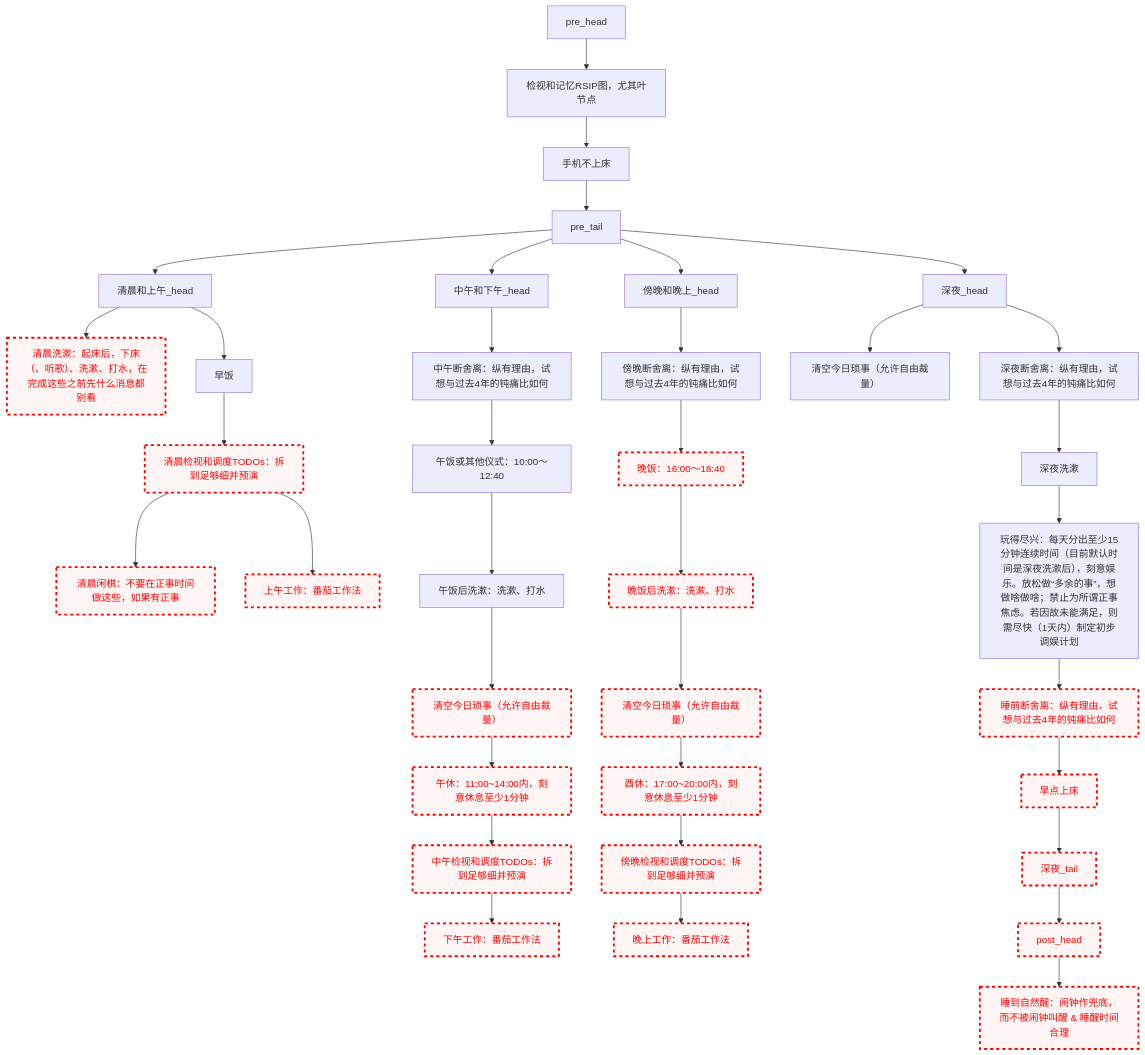
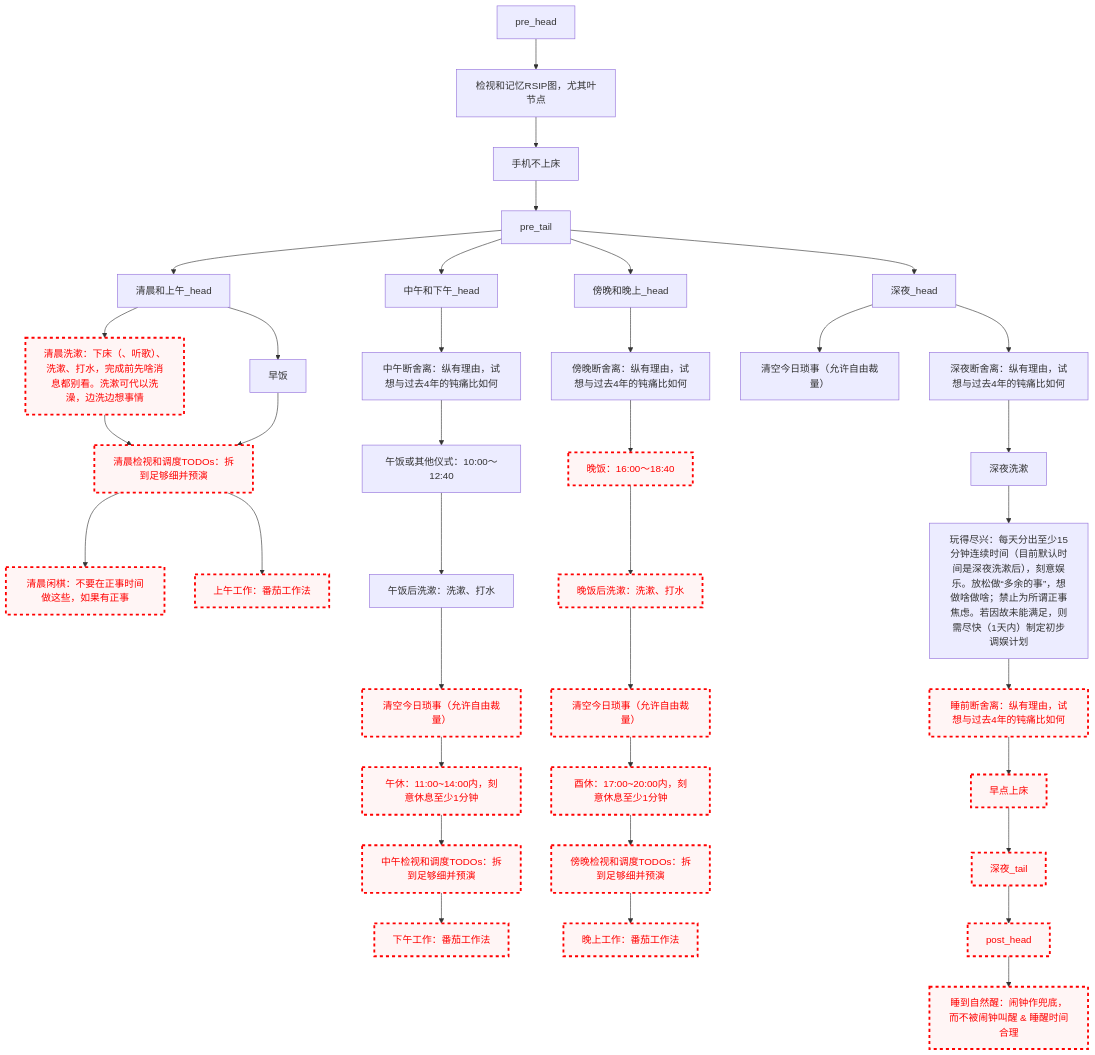
One commit to Ethkuil/RSIP-tree changed the diagram in README.md. Above: the diagram before and after it, drawn with Mermaid.

Commit message:
update 清晨洗漱, adding 清晨洗澡

````diff
--- a/README.md
+++ b/README.md
@@ -21,68 +21,69 @@
 ```mermaid
 graph TD
 
 classDef failed stroke:#ff0000, stroke-width:3px, color:#ff0000, fill:#fff5f5, stroke-dasharray: 5
 
 pre_head --> RSIP[检视和记忆RSIP图，尤其叶节点]
 RSIP --> 手机不上床
 手机不上床 --> pre_tail
 
 
 pre_tail --> 清晨和上午_head
 清晨和上午_head --> 清晨洗漱
-清晨洗漱[清晨洗漱：起床后，下床（、听歌）、洗漱、打水，在完成这些之前先什么消息都别看]
+清晨洗漱[清晨洗漱：下床（、听歌）、洗漱、打水，完成前先啥消息都别看。洗漱可代以洗澡，边洗边想事情]
 class 清晨洗漱 failed
 清晨和上午_head --> 早饭
-早饭 --> 清晨看TODO[清晨检视和调度TODOs：拆到足够细并预演]
+清晨洗漱 --> 清晨看TODO[清晨检视和调度TODOs：拆到足够细并预演]
+早饭 --> 清晨看TODO
 class 清晨看TODO failed
 清晨看TODO --> 清晨闲棋[清晨闲棋：不要在正事时间做这些，如果有正事]
 class 清晨闲棋 failed
 清晨看TODO --> 上午工作[上午工作：番茄工作法]
 class 上午工作 failed
 
 pre_tail --> 中午和下午_head
 中午和下午_head --> 中午断舍离[中午断舍离：纵有理由，试想与过去4年的钝痛比如何]
 中午断舍离 --> 午饭[午饭或其他仪式：10:00～12:40]
 午饭 --> 午饭后洗漱[午饭后洗漱：洗漱、打水]
 午饭后洗漱 --> 中午今日琐事[清空今日琐事（允许自由裁量）]
 class 中午今日琐事 failed
 中午今日琐事 --> 午休[午休：11:00~14:00内，刻意休息至少1分钟]
 class 午休 failed
 午休 --> 中午看TODO[中午检视和调度TODOs：拆到足够细并预演]
 class 中午看TODO failed
 中午看TODO --> 下午工作[下午工作：番茄工作法]
 class 下午工作 failed
 
 pre_tail --> 傍晚和晚上_head
 傍晚和晚上_head --> 傍晚断舍离[傍晚断舍离：纵有理由，试想与过去4年的钝痛比如何]
 傍晚断舍离 --> 晚饭[晚饭：16:00～18:40]
 class 晚饭 failed
 晚饭 --> 晚饭后洗漱[晚饭后洗漱：洗漱、打水]
 class 晚饭后洗漱 failed
 晚饭后洗漱 --> 傍晚今日琐事[清空今日琐事（允许自由裁量）]
 class 傍晚今日琐事 failed
 傍晚今日琐事 --> 酉休[酉休：17:00~20:00内，刻意休息至少1分钟]
 class 酉休 failed
 酉休 --> 傍晚看TODO[傍晚检视和调度TODOs：拆到足够细并预演]
 class 傍晚看TODO failed
 傍晚看TODO --> 晚上工作[晚上工作：番茄工作法]
 class 晚上工作 failed
 
 pre_tail --> 深夜_head
 深夜_head --> 深夜今日琐事[清空今日琐事（允许自由裁量）]
 深夜_head --> 深夜断舍离[深夜断舍离：纵有理由，试想与过去4年的钝痛比如何]
 深夜断舍离 --> 深夜洗漱
 深夜洗漱 --> 玩得尽兴[玩得尽兴：每天分出至少15分钟连续时间（目前默认时间是深夜洗漱后），刻意娱乐。放松做“多余的事”，想做啥做啥；禁止为所谓正事焦虑。若因故未能满足，则需尽快（1天内）制定初步调娱计划]
 玩得尽兴 --> 睡前断舍离[睡前断舍离：纵有理由，试想与过去4年的钝痛比如何]
 class 睡前断舍离 failed
 睡前断舍离 --> 早点上床
 class 早点上床 failed
 早点上床 --> 深夜_tail
 class 深夜_tail failed
 
 
 深夜_tail --> post_head
 class post_head failed
 post_head --> 睡到自然醒[睡到自然醒：闹钟作兜底，而不被闹钟叫醒 & 睡醒时间合理]
 class 睡到自然醒 failed
 ```
````
